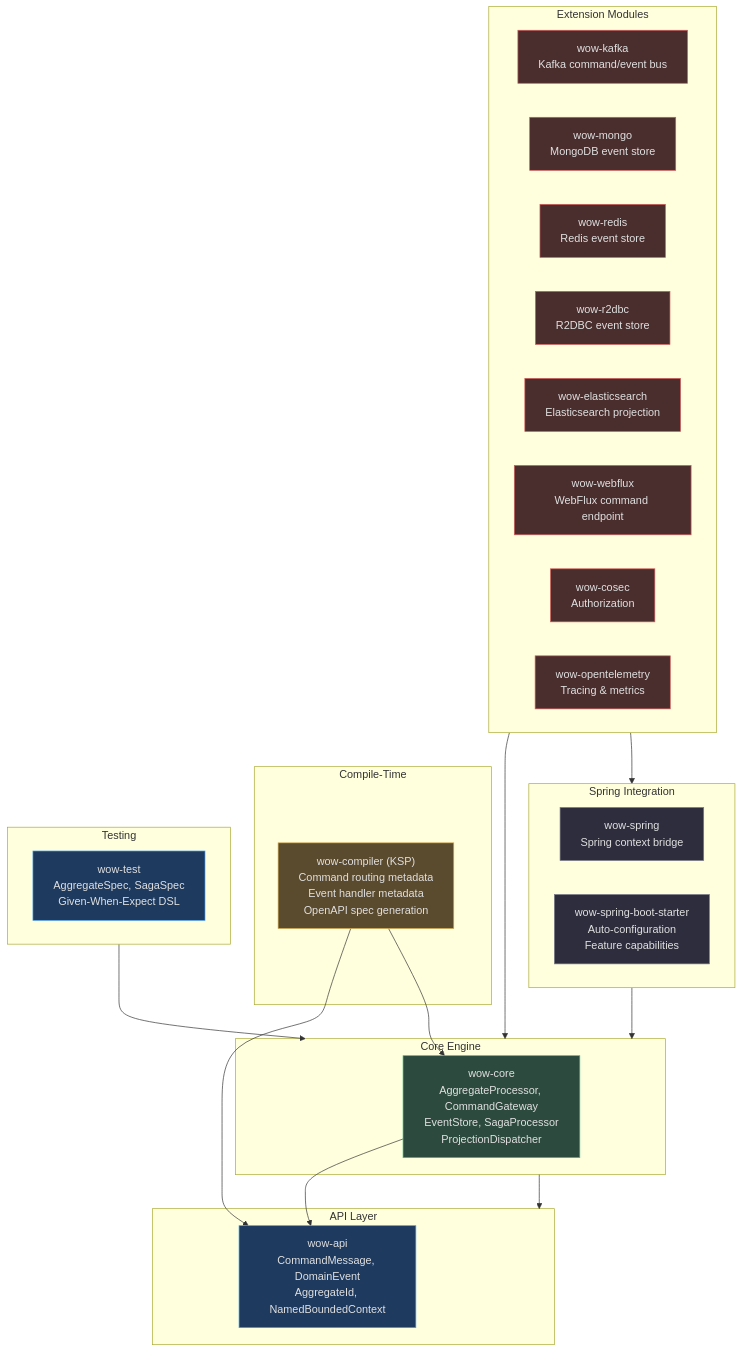
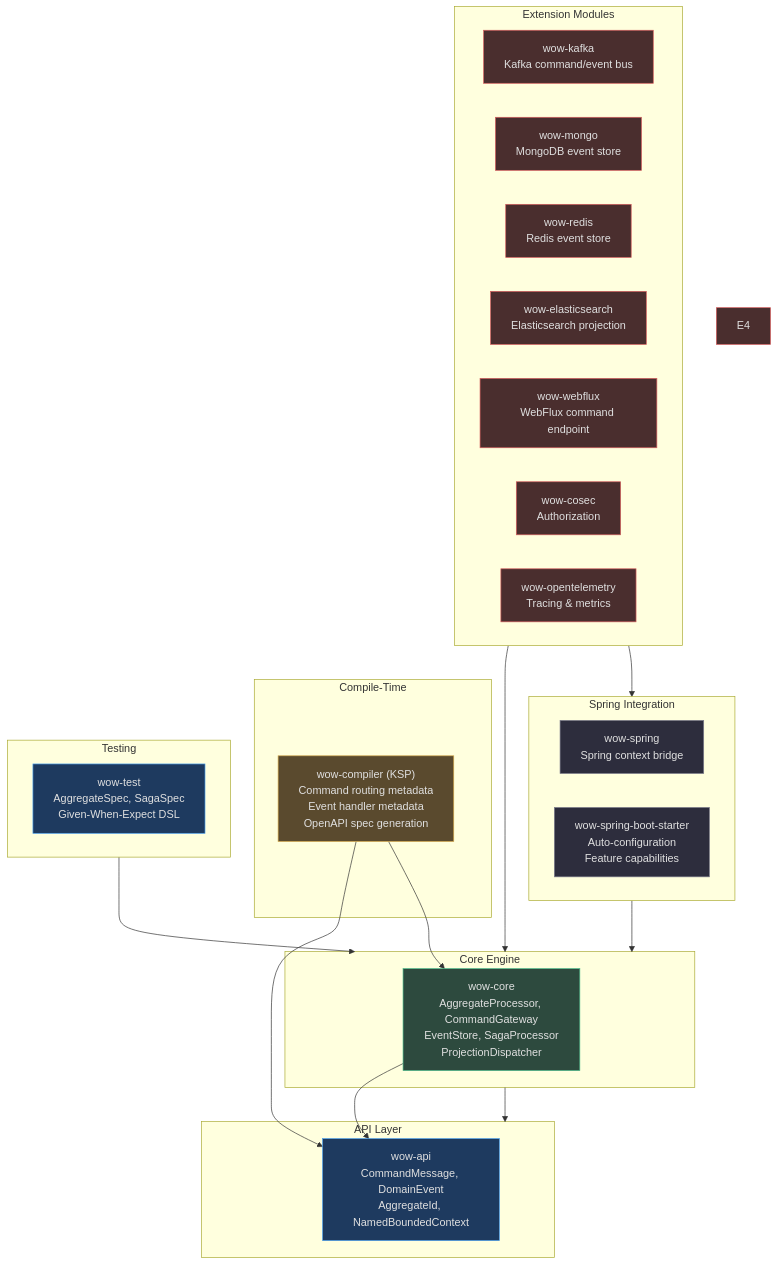
Before and after one commit to Ahoo-Wang/Wow: the first of 6 diagrams in documentation/docs/en/guide/advanced/architecture.md, drawn with Mermaid. The commit also changed other lines of this file and 92 other files, not shown here.

````diff
--- a/documentation/docs/en/guide/advanced/architecture.md
+++ b/documentation/docs/en/guide/advanced/architecture.md
@@ -34,58 +32,57 @@
 ```mermaid
 flowchart TB
     subgraph API["API Layer<br>"]
         A1["wow-api<br>CommandMessage, DomainEvent<br>AggregateId, NamedBoundedContext"]
     end
 
     subgraph CORE["Core Engine"]
         C1["wow-core<br>AggregateProcessor, CommandGateway<br>EventStore, SagaProcessor<br>ProjectionDispatcher"]
     end
 
     subgraph COMPILE["Compile-Time"]
         K1["wow-compiler (KSP)<br>Command routing metadata<br>Event handler metadata<br>OpenAPI spec generation"]
     end
 
     subgraph EXT["Extension Modules"]
         E1["wow-kafka<br>Kafka command/event bus"]
         E2["wow-mongo<br>MongoDB event store"]
         E3["wow-redis<br>Redis event store"]
-        E4["wow-r2dbc<br>R2DBC event store"]
         E5["wow-elasticsearch<br>Elasticsearch projection"]
         E6["wow-webflux<br>WebFlux command endpoint"]
         E7["wow-cosec<br>Authorization"]
         E8["wow-opentelemetry<br>Tracing & metrics"]
     end
 
     subgraph SPRING["Spring Integration"]
         S1["wow-spring<br>Spring context bridge"]
         S2["wow-spring-boot-starter<br>Auto-configuration<br>Feature capabilities"]
     end
 
     subgraph TEST["Testing"]
         T1["wow-test<br>AggregateSpec, SagaSpec<br>Given-When-Expect DSL"]
     end
 
     C1 --> A1
     K1 --> A1
     K1 --> C1
     CORE --> API
     EXT --> CORE
     SPRING --> CORE
     EXT --> SPRING
     TEST --> CORE
 
     style A1 fill:#1e3a5f,stroke:#4a9eed,color:#e0e0e0
     style C1 fill:#2d4a3e,stroke:#4aba8a,color:#e0e0e0
     style K1 fill:#5a4a2e,stroke:#d4a84b,color:#e0e0e0
     style E1 fill:#4a2e2e,stroke:#d45b5b,color:#e0e0e0
     style E2 fill:#4a2e2e,stroke:#d45b5b,color:#e0e0e0
     style E3 fill:#4a2e2e,stroke:#d45b5b,color:#e0e0e0
     style E4 fill:#4a2e2e,stroke:#d45b5b,color:#e0e0e0
     style E5 fill:#4a2e2e,stroke:#d45b5b,color:#e0e0e0
     style E6 fill:#4a2e2e,stroke:#d45b5b,color:#e0e0e0
     style E7 fill:#4a2e2e,stroke:#d45b5b,color:#e0e0e0
     style E8 fill:#4a2e2e,stroke:#d45b5b,color:#e0e0e0
     style S1 fill:#2d2d3d,stroke:#7a7a8a,color:#e0e0e0
     style S2 fill:#2d2d3d,stroke:#7a7a8a,color:#e0e0e0
     style T1 fill:#1e3a5f,stroke:#4a9eed,color:#e0e0e0
 ```
````
